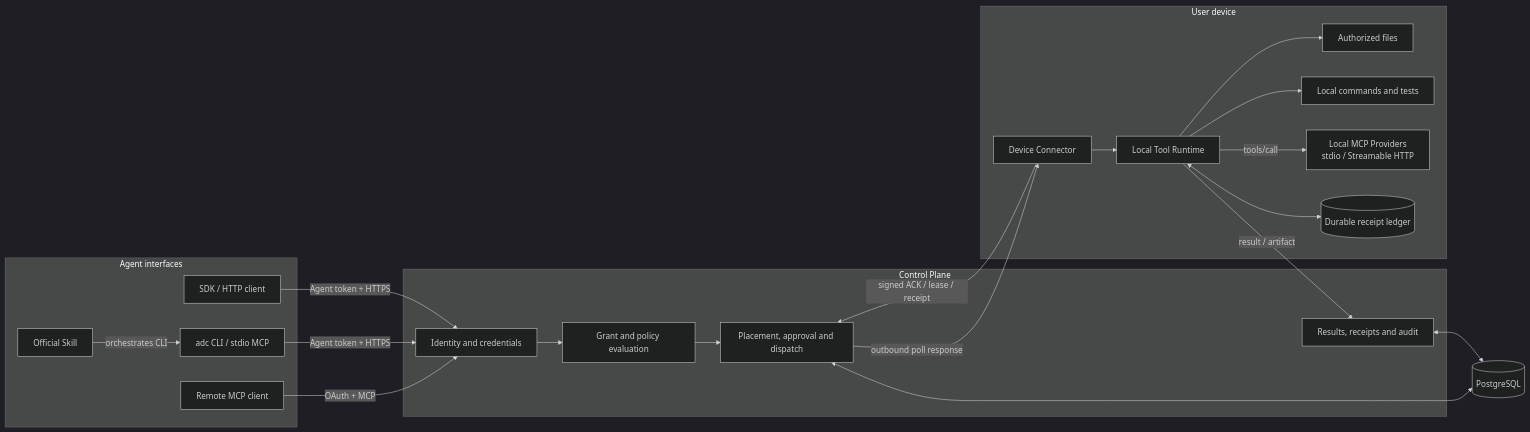
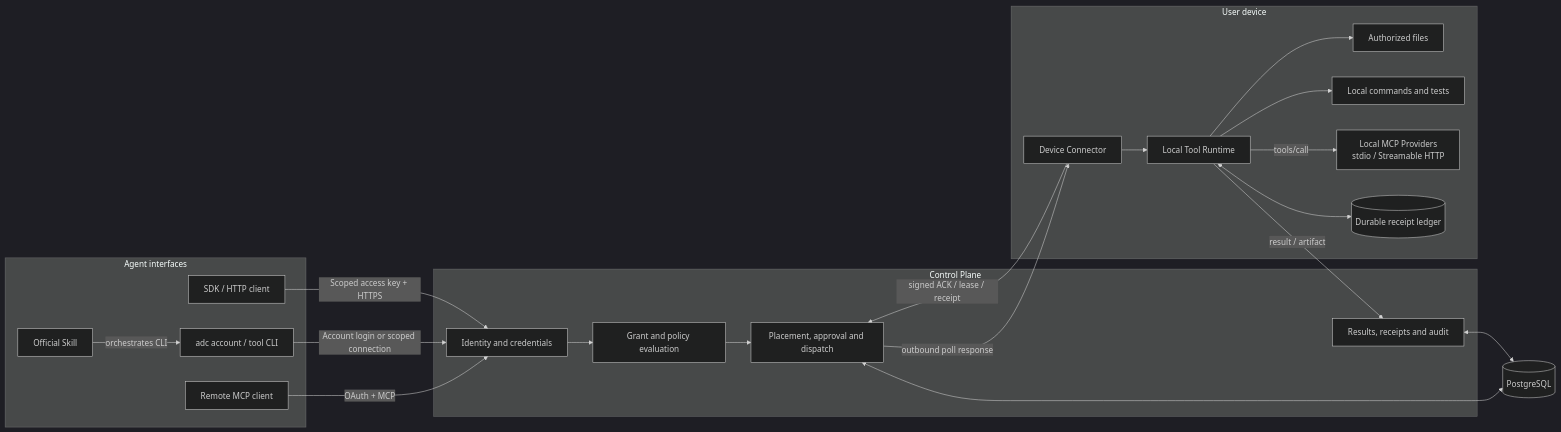
The first of 8 diagrams in docs/system-architecture.md (2812427914/agent-device-cloud), drawn with Mermaid (dark theme) before and after one commit. The commit also changed other lines of this file and 18 other files, not shown here.

````diff
--- a/docs/system-architecture.md
+++ b/docs/system-architecture.md
@@ -8,44 +8,44 @@
 ```mermaid
 flowchart LR
   subgraph Interfaces["Agent interfaces"]
     MCP["Remote MCP client"]
-    CLI["adc CLI / stdio MCP"]
+    CLI["adc account / tool CLI"]
     SKILL["Official Skill"]
     SDK["SDK / HTTP client"]
   end
 
   subgraph Cloud["Control Plane"]
     AUTH["Identity and credentials"]
     POLICY["Grant and policy evaluation"]
     ROUTER["Placement, approval and dispatch"]
     AUDIT["Results, receipts and audit"]
   end
 
   DB[("PostgreSQL")]
 
   subgraph Device["User device"]
     NODE["Device Connector"]
     RUNTIME["Local Tool Runtime"]
     FILES["Authorized files"]
     TOOLS["Local commands and tests"]
     MCPPROVIDERS["Local MCP Providers<br/>stdio / Streamable HTTP"]
     LEDGER[("Durable receipt ledger")]
   end
 
   MCP -->|"OAuth + MCP"| AUTH
-  CLI -->|"Agent token + HTTPS"| AUTH
+  CLI -->|"Account login or scoped connection"| AUTH
   SKILL -->|"orchestrates CLI"| CLI
-  SDK -->|"Agent token + HTTPS"| AUTH
+  SDK -->|"Scoped access key + HTTPS"| AUTH
   AUTH --> POLICY
   POLICY --> ROUTER
   ROUTER <--> DB
   AUDIT <--> DB
   ROUTER -->|"outbound poll response"| NODE
   NODE -->|"signed ACK / lease / receipt"| ROUTER
   NODE --> RUNTIME
   RUNTIME --> FILES
   RUNTIME --> TOOLS
   RUNTIME -->|"tools/call"| MCPPROVIDERS
   RUNTIME <--> LEDGER
   RUNTIME -->|"result / artifact"| AUDIT
 ```
````
